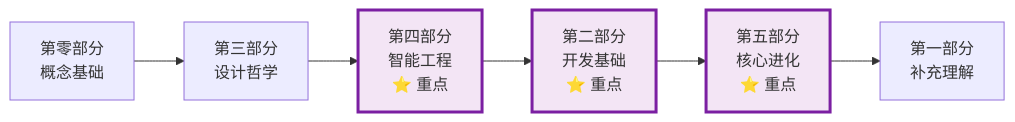
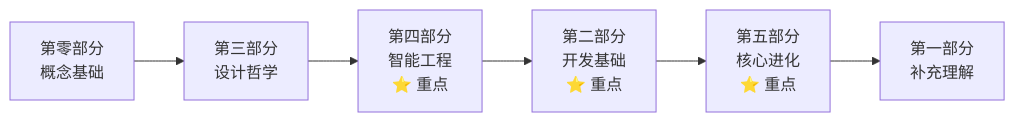
The fourth of 7 diagrams in 前言部分/如何使用本书.md (youyoude/agi-app-dev-guide-book), drawn with Mermaid before and after one commit. The commit also changed other lines of this file and 4 other files, not shown here.

````diff
--- a/前言部分/如何使用本书.md
+++ b/前言部分/如何使用本书.md
@@ -159,11 +142,9 @@
 ```mermaid
 graph LR
     A[第零部分<br/>概念基础] --> B[第三部分<br/>设计哲学]
     B --> C[第四部分<br/>智能工程<br/>⭐ 重点]
     C --> D[第二部分<br/>开发基础<br/>⭐ 重点]
     D --> E[第五部分<br/>核心进化<br/>⭐ 重点]
     E --> F[第一部分<br/>补充理解]
     
-    classDef important fill:#f3e5f5,stroke:#7b1fa2,stroke-width:3px
-    class C,D,E important
 ```
````
